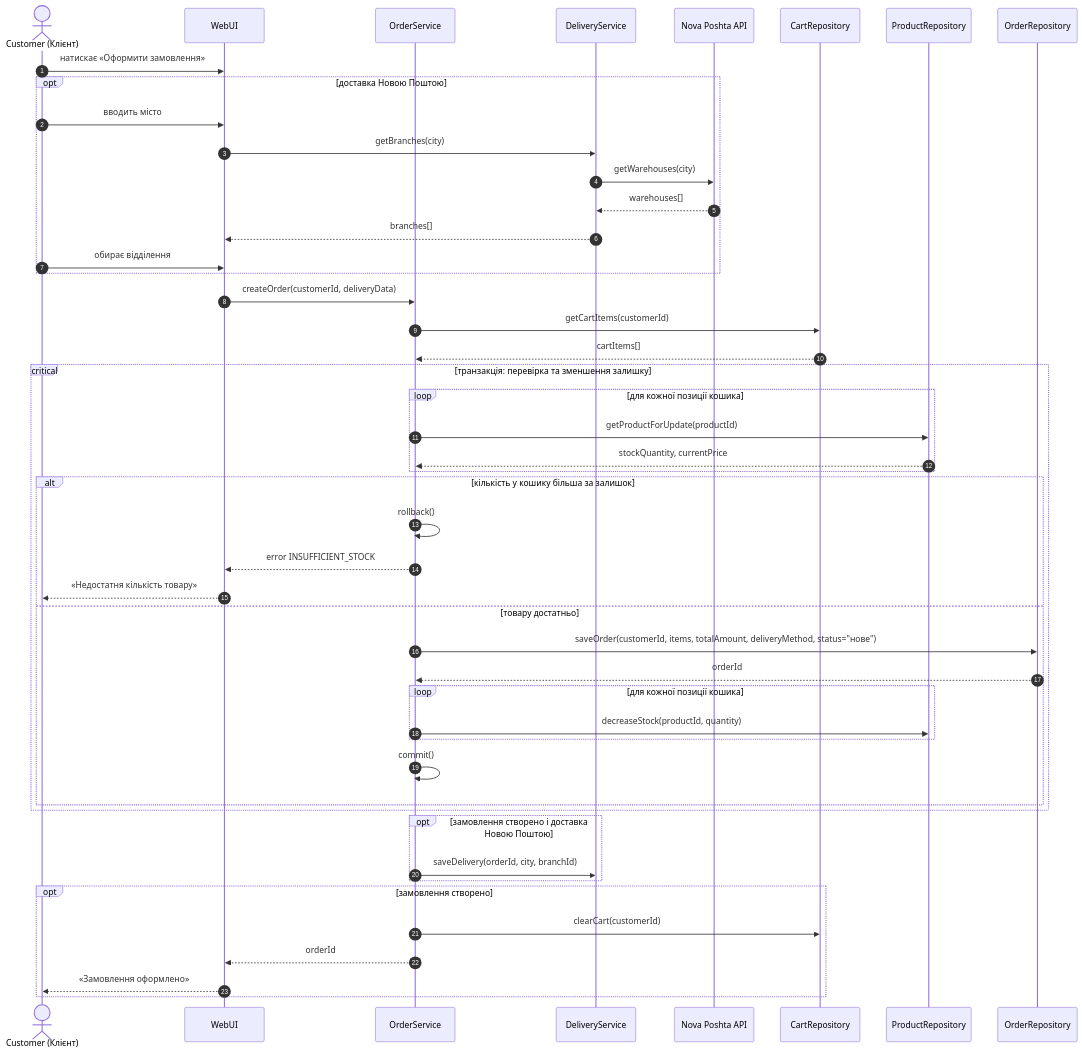
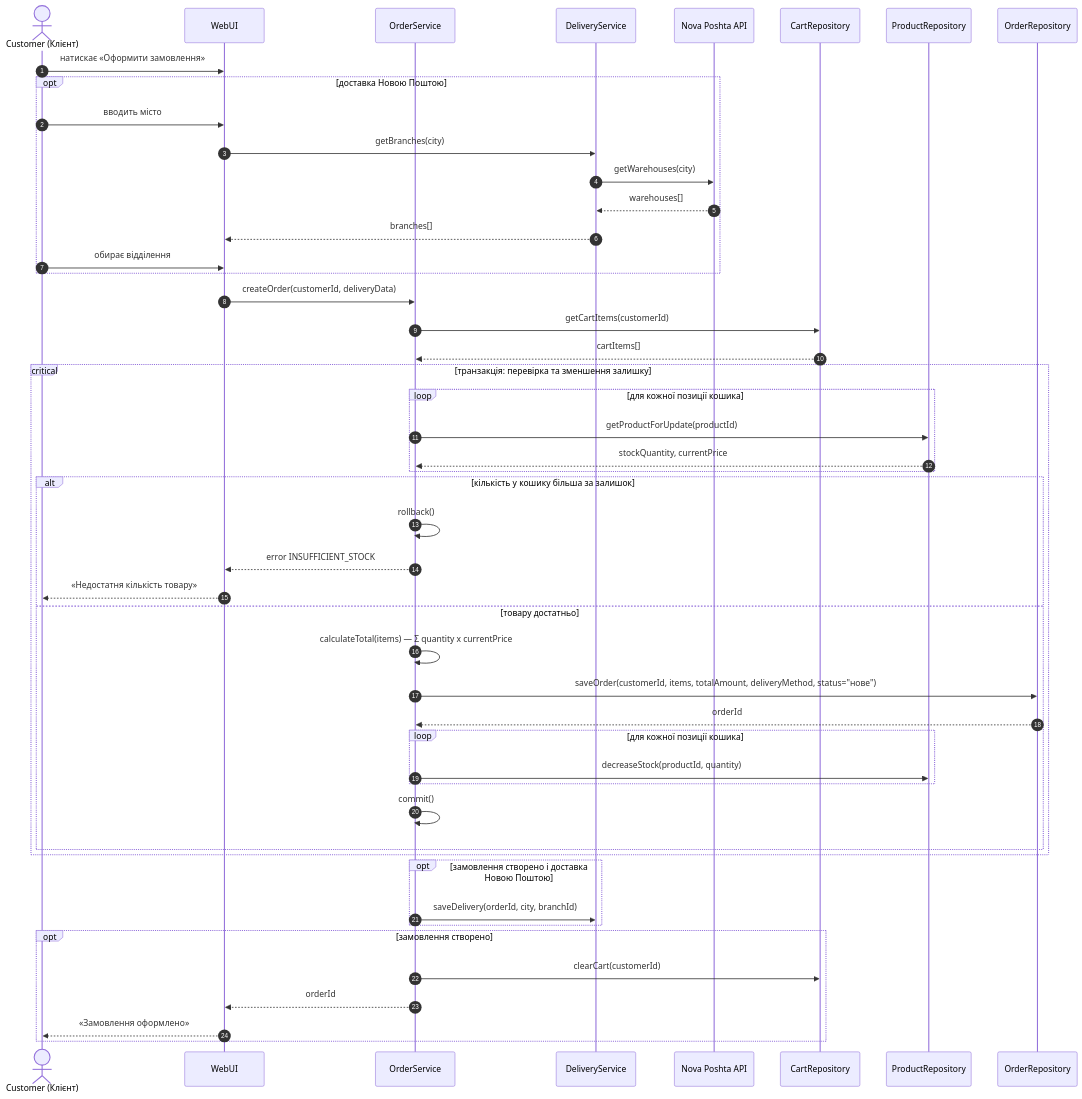
The diagram in sequence.mmd (AlegZabivnoy/Software-engineering-components-2-), drawn with Mermaid before and after one commit. The commit also changed 1 other file, not shown here.

Commit message:
fix: define total_amount calculation

```diff
--- a/sequence.mmd
+++ b/sequence.mmd
@@ -1,54 +1,55 @@
 sequenceDiagram
     autonumber
     actor C as Customer (Клієнт)
     participant UI as WebUI
     participant OS as OrderService
     participant DS as DeliveryService
     participant NP as Nova Poshta API
     participant CR as CartRepository
     participant PR as ProductRepository
     participant OR as OrderRepository
 
     C->>UI: натискає «Оформити замовлення»
 
     opt доставка Новою Поштою
         C->>UI: вводить місто
         UI->>DS: getBranches(city)
         DS->>NP: getWarehouses(city)
         NP-->>DS: warehouses[]
         DS-->>UI: branches[]
         C->>UI: обирає відділення
     end
 
     UI->>OS: createOrder(customerId, deliveryData)
     OS->>CR: getCartItems(customerId)
     CR-->>OS: cartItems[]
 
     critical транзакція: перевірка та зменшення залишку
         loop для кожної позиції кошика
             OS->>PR: getProductForUpdate(productId)
             PR-->>OS: stockQuantity, currentPrice
         end
 
         alt кількість у кошику більша за залишок
             OS->>OS: rollback()
             OS-->>UI: error INSUFFICIENT_STOCK
             UI-->>C: «Недостатня кількість товару»
         else товару достатньо
+            OS->>OS: calculateTotal(items) — Σ quantity х currentPrice
             OS->>OR: saveOrder(customerId, items, totalAmount, deliveryMethod, status="нове")
             OR-->>OS: orderId
             loop для кожної позиції кошика
                 OS->>PR: decreaseStock(productId, quantity)
             end
             OS->>OS: commit()
         end
     end
 
     opt замовлення створено і доставка Новою Поштою
         OS->>DS: saveDelivery(orderId, city, branchId)
     end
     opt замовлення створено
         OS->>CR: clearCart(customerId)
         OS-->>UI: orderId
         UI-->>C: «Замовлення оформлено»
     end
```
